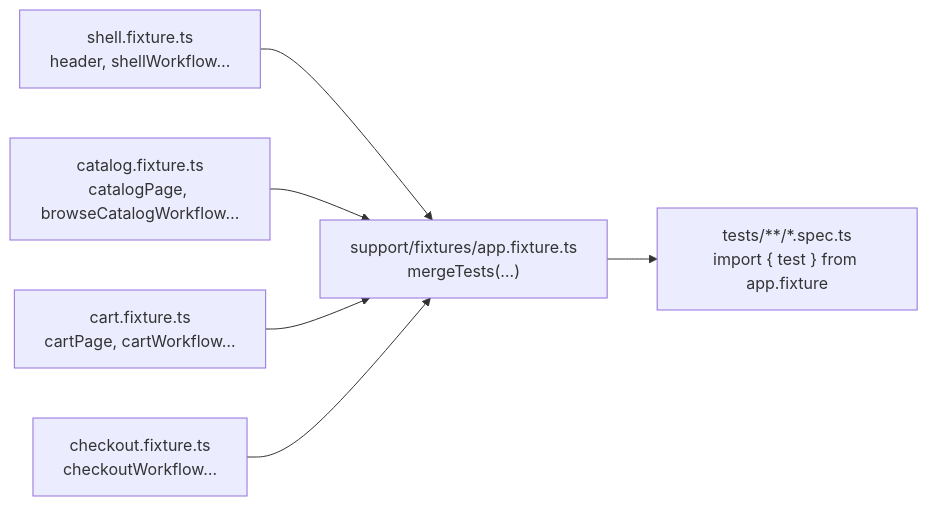
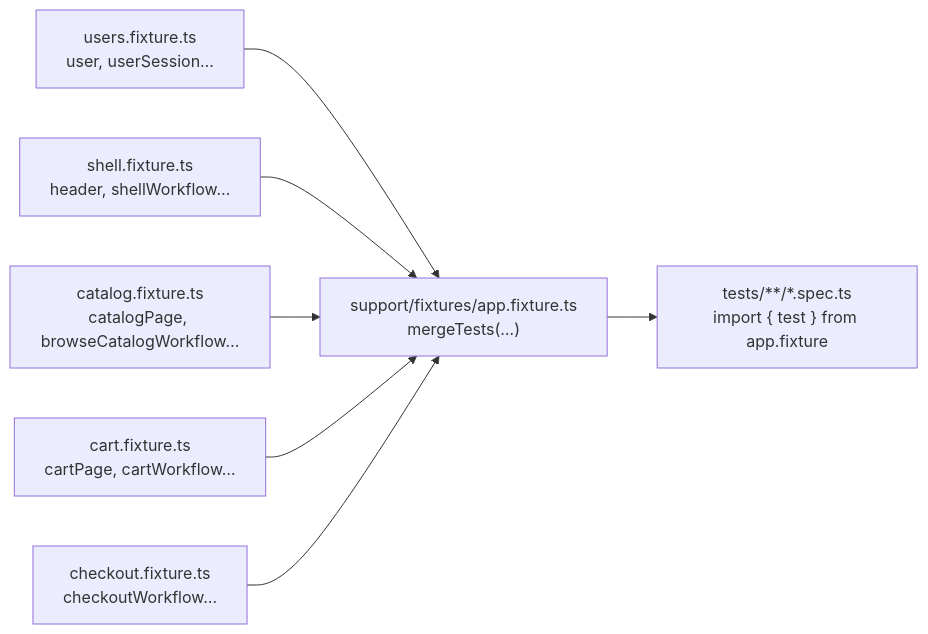
The second of 4 diagrams in README.md (getulionm/pw-composition), drawn with Mermaid before and after one commit. The commit also changed other lines of this file and 10 other files, not shown here.

````diff
--- a/README.md
+++ b/README.md
@@ -63,16 +63,18 @@
 ```mermaid
 flowchart LR
+  UF["users.fixture.ts<br/>user, userSession…"]
   SF["shell.fixture.ts<br/>header, shellWorkflow…"]
   CF["catalog.fixture.ts<br/>catalogPage, browseCatalogWorkflow…"]
   CaF["cart.fixture.ts<br/>cartPage, cartWorkflow…"]
   ChF["checkout.fixture.ts<br/>checkoutWorkflow…"]
 
   APP["support/fixtures/app.fixture.ts<br/>mergeTests(…)"]
   SPEC["tests/**/*.spec.ts<br/>import { test } from app.fixture"]
 
+  UF --> APP
   SF --> APP
   CF --> APP
   CaF --> APP
   ChF --> APP
   APP --> SPEC
 ```
````
